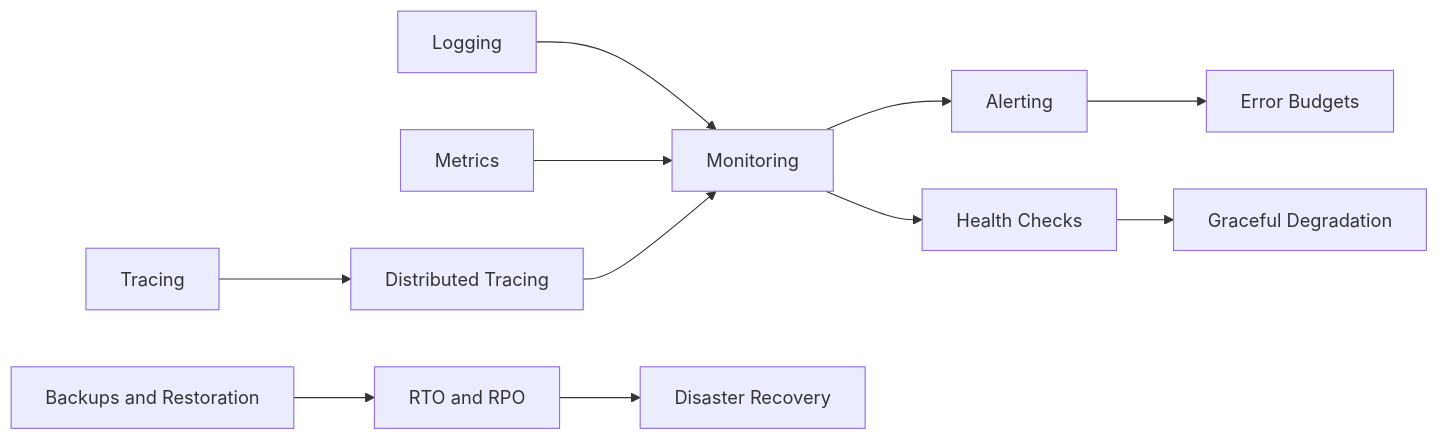
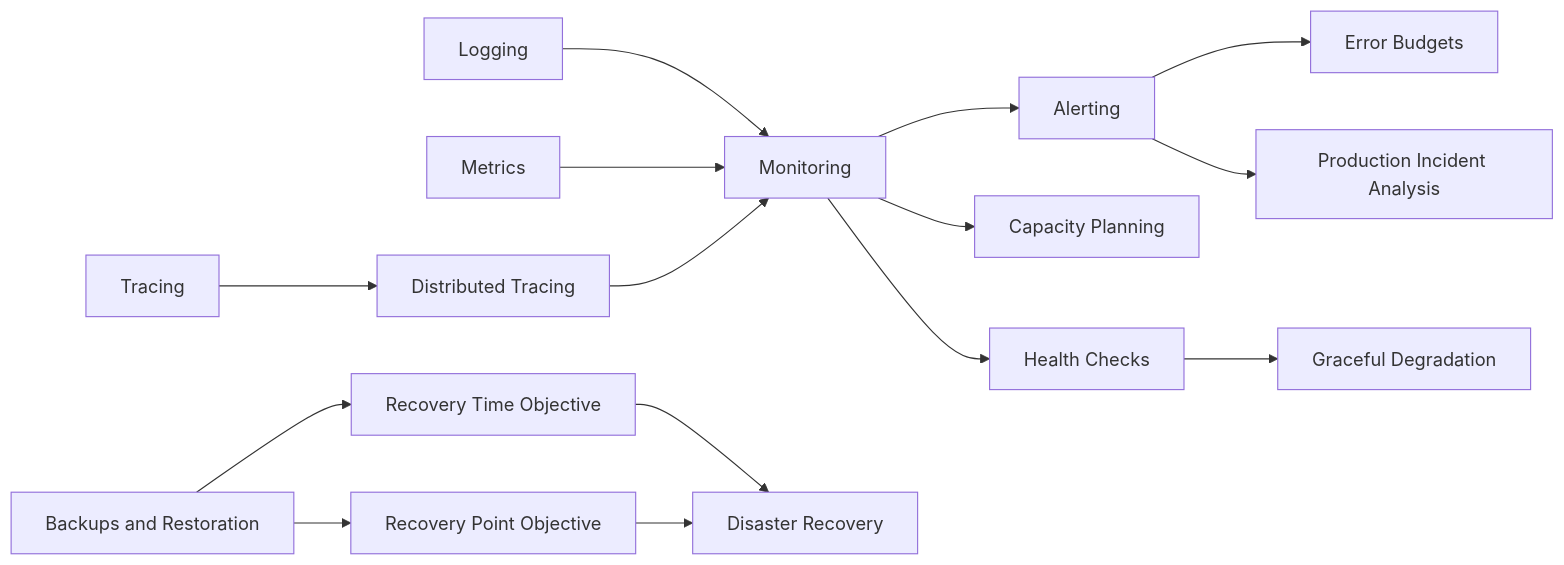
The diagram in HLD/01 HLD & System Design/Observability & Reliability/Observability & Reliability MOC.md (kunal-ladh/learn-system-design), drawn with Mermaid before and after one commit. The commit also changed other lines of this file and 195 other files, not shown here.

````diff
--- a/HLD/01 HLD & System Design/Observability & Reliability/Observability & Reliability MOC.md
+++ b/HLD/01 HLD & System Design/Observability & Reliability/Observability & Reliability MOC.md
@@ -23,13 +25,18 @@
 ```mermaid
 flowchart LR
     A[Logging] --> D[Monitoring]
     B[Metrics] --> D
     C[Tracing] --> E[Distributed Tracing]
     E --> D
     D --> F[Alerting]
     F --> G[Error Budgets]
+    F --> N[Production Incident Analysis]
+    D --> M[Capacity Planning]
     D --> H[Health Checks]
     H --> I[Graceful Degradation]
-    J[Backups and Restoration] --> K[RTO and RPO]
-    K --> L[Disaster Recovery]
+    J[Backups and Restoration] --> K1[Recovery Time Objective]
+    J --> K2[Recovery Point Objective]
+    K1 --> L[Disaster Recovery]
+    K2 --> L
+    class A,B,C,D,E,F,G,H,I,J,K1,K2,L,M,N internal-link;
 ```
````
